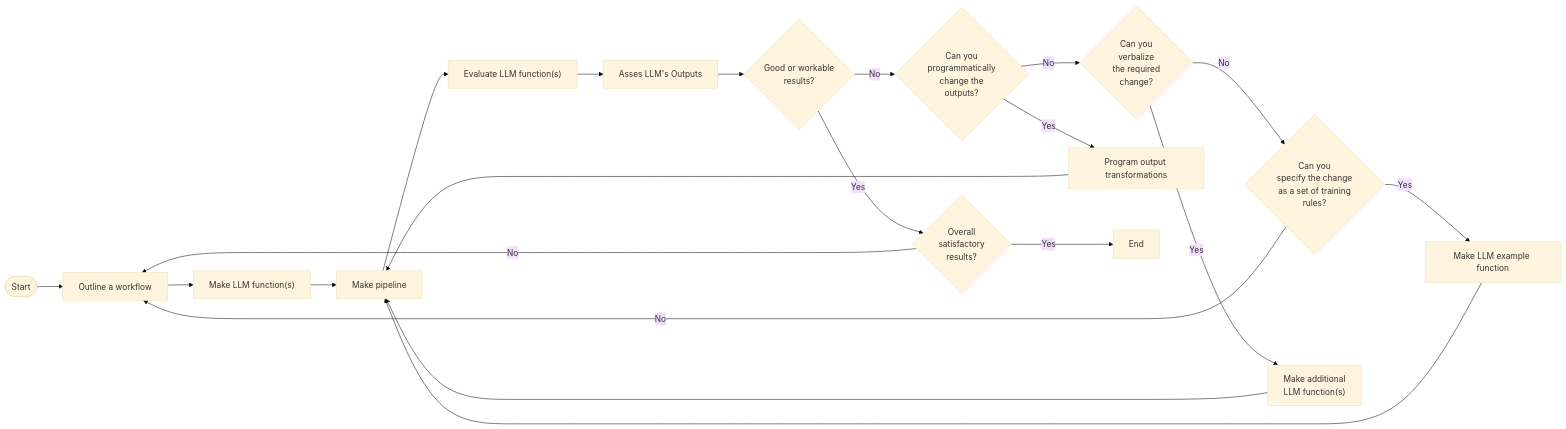
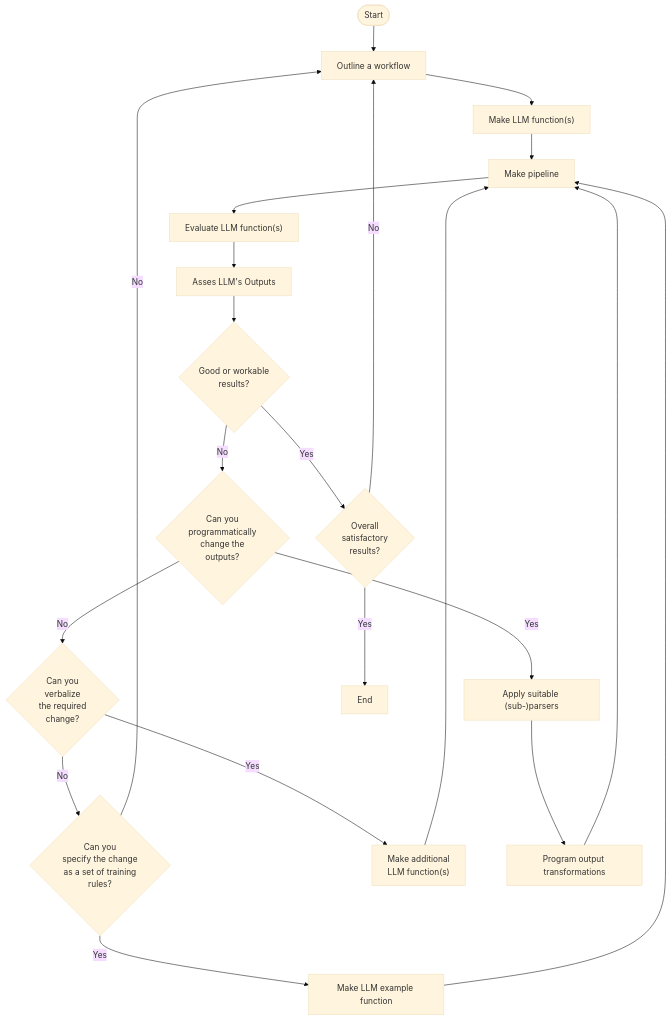
One commit to antononcube/Raku-LLM-Functions changed the diagram in docs/Workflows-with-LLM-functions.md. Above: the diagram before and after it, drawn with Mermaid (base theme). The commit also changed other lines of this file and 1 other file, not shown here.

Commit message:
docs:Improved the flowchart. Better explanations and grammar.

````diff
--- a/docs/Workflows-with-LLM-functions.md
+++ b/docs/Workflows-with-LLM-functions.md
@@ -131,21 +134,22 @@
 ```mermaid
-graph LR
+graph TD
     A([Start]) --> HumanWorkflow[Outline a workflow] --> LLMFunc["Make LLM function(s)"]
     LLMFunc --> MakePipeline[Make pipeline]
     MakePipeline --> LLMEval["Evaluate LLM function(s)"]
     LLMEval --> HumanAsses[Asses LLM's Outputs]
     HumanAsses --> GoodLLM{Good or workable<br>results?}
     GoodLLM --> |No| CanProgram{Can you<br>programmatically<br>change the<br>outputs?}
     CanProgram --> |No| KnowVerb{Can you<br>verbalize<br>the required<br>change?}
     KnowVerb --> |No| KnowRule{Can you<br>specify the change<br>as a set of training<br>rules?}
     KnowVerb --> |Yes| AddLLM["Make additional<br>LLM function(s)"]
     AddLLM --> MakePipeline
-    CanProgram --> |Yes| HumanMassageOutput[Program output transformations]
+    CanProgram --> |Yes| ApplySubParser["Apply suitable (sub-)parsers"]
+    ApplySubParser --> HumanMassageOutput[Program output transformations]
     HumanMassageOutput --> MakePipeline
     GoodLLM --> |Yes| OverallGood{Overall<br>satisfactory<br>results?}
     OverallGood --> |No| HumanWorkflow
     OverallGood --> |Yes| End
     KnowRule --> |Yes| LLMExamFunc[Make LLM example function]
     KnowRule --> |No| HumanWorkflow
     LLMExamFunc --> MakePipeline
 ```
````
